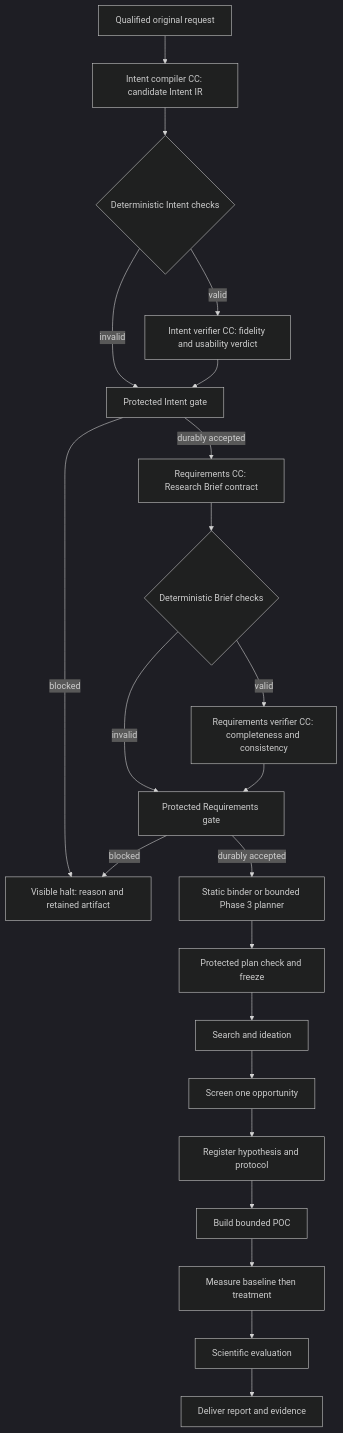
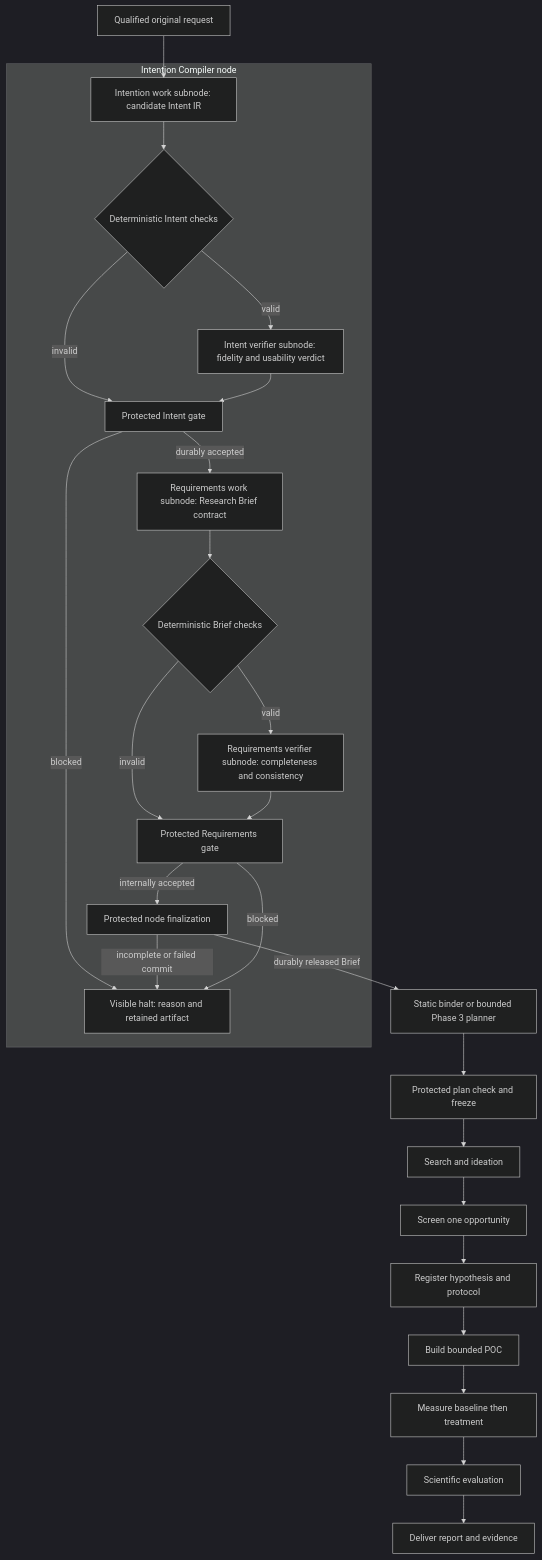
The first of 3 diagrams in docs/architecture/design-package-compact/m1-design.md (Stellven/jiuwenswarm), drawn with Mermaid (dark theme) before and after one commit. The commit also changed other lines of this file and 285 other files, not shown here.

Commit message:
docs: complete Intention Compiler design in full and compact packages

````diff
--- a/docs/architecture/design-package-compact/m1-design.md
+++ b/docs/architecture/design-package-compact/m1-design.md
@@ -9,24 +9,29 @@
 ```mermaid
 flowchart TB
-    I[Qualified original request] --> C[Intent compiler CC: candidate Intent IR]
+    I[Qualified original request] --> C
+    subgraph Compiler[Intention Compiler node]
+        C[Intention work subnode: candidate Intent IR]
     C --> D1{Deterministic Intent checks}
-    D1 -->|valid| V1[Intent verifier CC: fidelity and usability verdict]
+    D1 -->|valid| V1[Intent verifier subnode: fidelity and usability verdict]
     D1 -->|invalid| G1[Protected Intent gate]
     V1 --> G1
-    G1 -->|durably accepted| R[Requirements CC: Research Brief contract]
+    G1 -->|durably accepted| R[Requirements work subnode: Research Brief contract]
     G1 -->|blocked| H[Visible halt: reason and retained artifact]
     R --> D2{Deterministic Brief checks}
-    D2 -->|valid| V2[Requirements verifier CC: completeness and consistency]
+    D2 -->|valid| V2[Requirements verifier subnode: completeness and consistency]
     D2 -->|invalid| G2[Protected Requirements gate]
     V2 --> G2
-    G2 -->|durably accepted| P[Static binder or bounded Phase 3 planner]
+    G2 -->|internally accepted| NG[Protected node finalization]
+    NG -->|incomplete or failed commit| H
+    end
+    NG -->|durably released Brief| P[Static binder or bounded Phase 3 planner]
     G2 -->|blocked| H
     P --> F[Protected plan check and freeze]
     F --> S[Search and ideation]
     S --> O[Screen one opportunity]
     O --> B[Register hypothesis and protocol]
     B --> K[Build bounded POC]
     K --> M[Measure baseline then treatment]
     M --> E[Scientific evaluation]
     E --> T[Deliver report and evidence]
 ```
````
